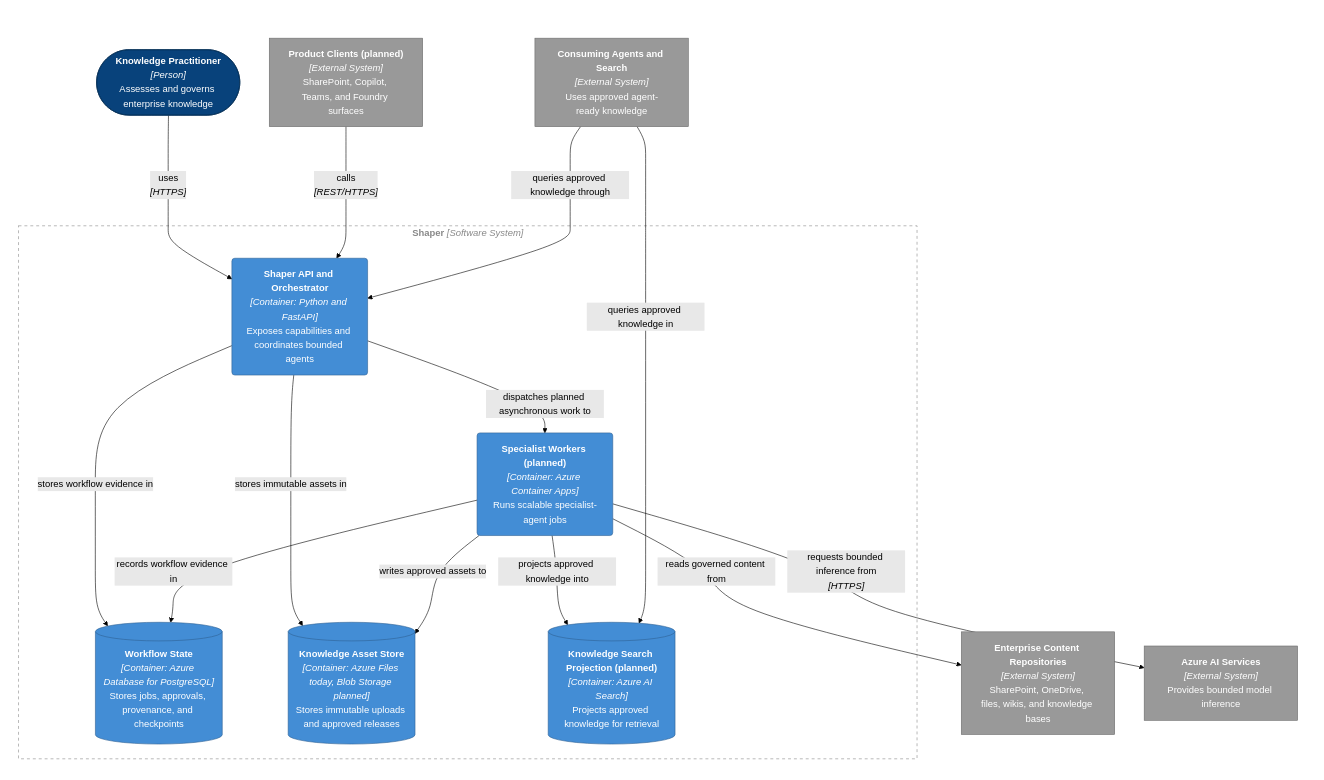
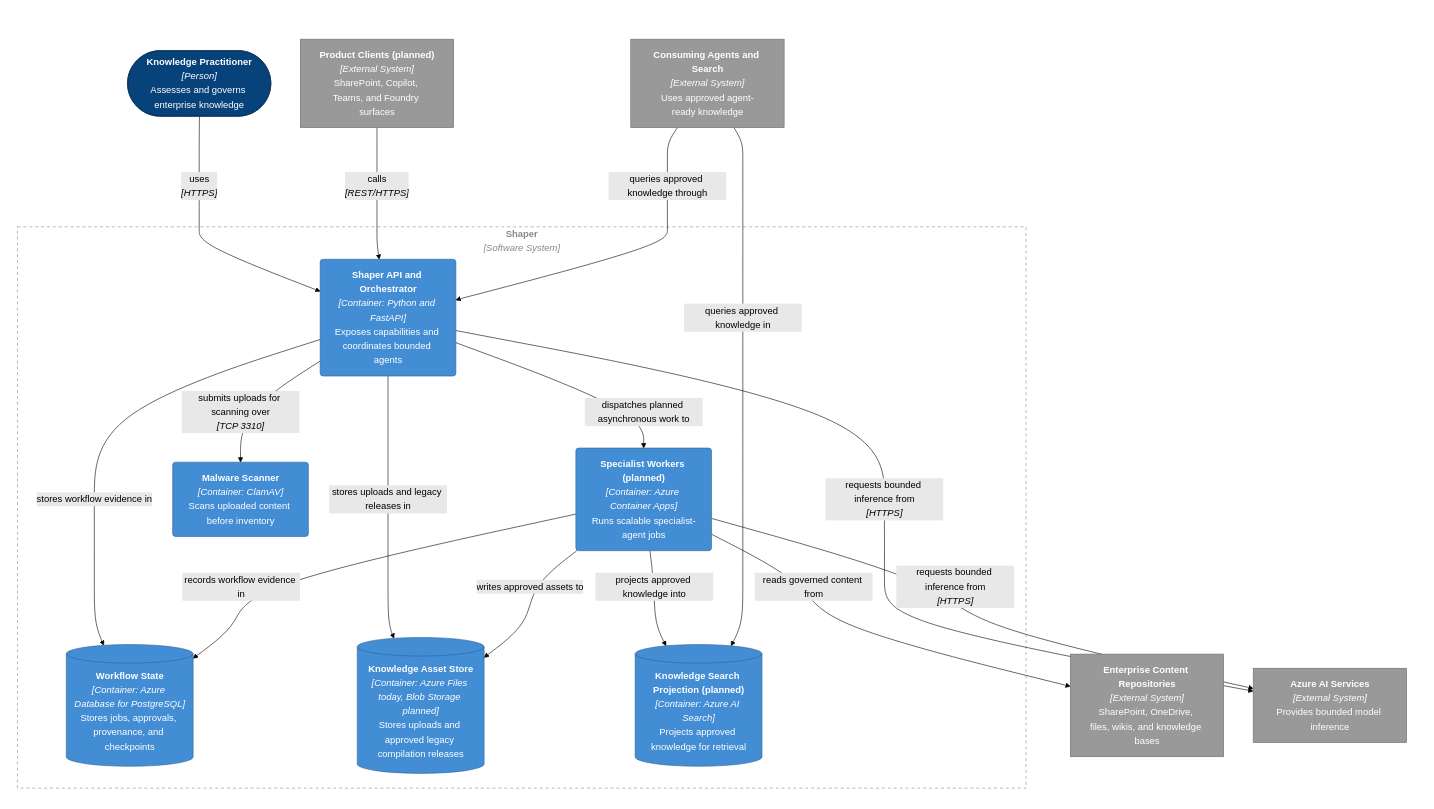
Before and after one commit to stjeffer/shaper: the third of 7 diagrams in docs/architecture.md, drawn with Mermaid (forest theme). The commit also changed other lines of this file and 21 other files, not shown here.

```diff
--- a/docs/architecture.md
+++ b/docs/architecture.md
@@ -101,7 +180,8 @@
     end
 
     subgraph layout_center[" "]
-        subgraph sys_shaper["`**Shaper** *[Software System]*`"]
+        subgraph sys_shaper["`**Shaper**
+*[Software System]*`"]
             ctr_shaper_api_orchestrator("`**Shaper API and Orchestrator**
 *[Container: Python and FastAPI]*
 Exposes capabilities and coordinates bounded agents`")
@@ -113,7 +193,10 @@
 Stores jobs, approvals, provenance, and checkpoints`")]
             ctr_knowledge_asset_store[("`**Knowledge Asset Store**
 *[Container: Azure Files today, Blob Storage planned]*
-Stores immutable uploads and approved releases`")]
+Stores uploads and approved legacy compilation releases`")]
+            ctr_malware_scanner("`**Malware Scanner**
+*[Container: ClamAV]*
+Scans uploaded content before inventory`")
             ctr_search_projection[("`**Knowledge Search Projection (planned)**
 *[Container: Azure AI Search]*
 Projects approved knowledge for retrieval`")]
@@ -135,7 +218,11 @@
 *[REST/HTTPS]*`"| ctr_shaper_api_orchestrator
     ext_consuming_agents --->|"`queries approved knowledge through`"| ctr_shaper_api_orchestrator
     ctr_shaper_api_orchestrator -->|"`stores workflow evidence in`"| ctr_workflow_state
-    ctr_shaper_api_orchestrator -->|"`stores immutable assets in`"| ctr_knowledge_asset_store
+    ctr_shaper_api_orchestrator -->|"`stores uploads and legacy releases in`"| ctr_knowledge_asset_store
+    ctr_shaper_api_orchestrator -->|"`submits uploads for scanning over
+*[TCP 3310]*`"| ctr_malware_scanner
+    ctr_shaper_api_orchestrator -->|"`requests bounded inference from
+*[HTTPS]*`"| ext_azure_ai_services
     ctr_shaper_api_orchestrator -->|"`dispatches planned asynchronous work to`"| ctr_specialist_workers
     ctr_specialist_workers -->|"`reads governed content from`"| ext_content_repositories
     ctr_specialist_workers -->|"`requests bounded inference from
@@ -150,7 +237,7 @@
     classDef external fill:#999999,stroke:#6b6b6b,color:#ffffff
 
     class person_knowledge_practitioner person
-    class ctr_shaper_api_orchestrator,ctr_specialist_workers,ctr_workflow_state,ctr_knowledge_asset_store,ctr_search_projection container
+    class ctr_shaper_api_orchestrator,ctr_specialist_workers,ctr_workflow_state,ctr_knowledge_asset_store,ctr_malware_scanner,ctr_search_projection container
     class ext_product_clients,ext_consuming_agents,ext_content_repositories,ext_azure_ai_services external
 
     style layout_top fill:none,stroke:none
```
